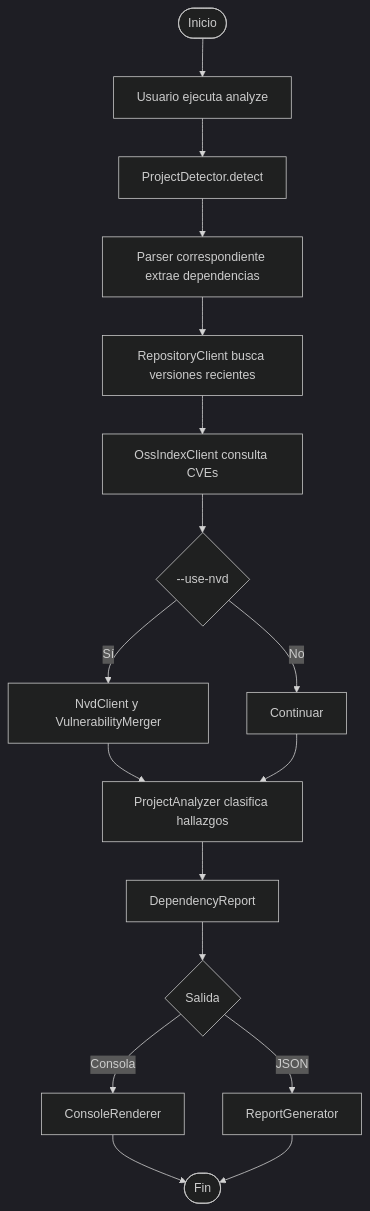
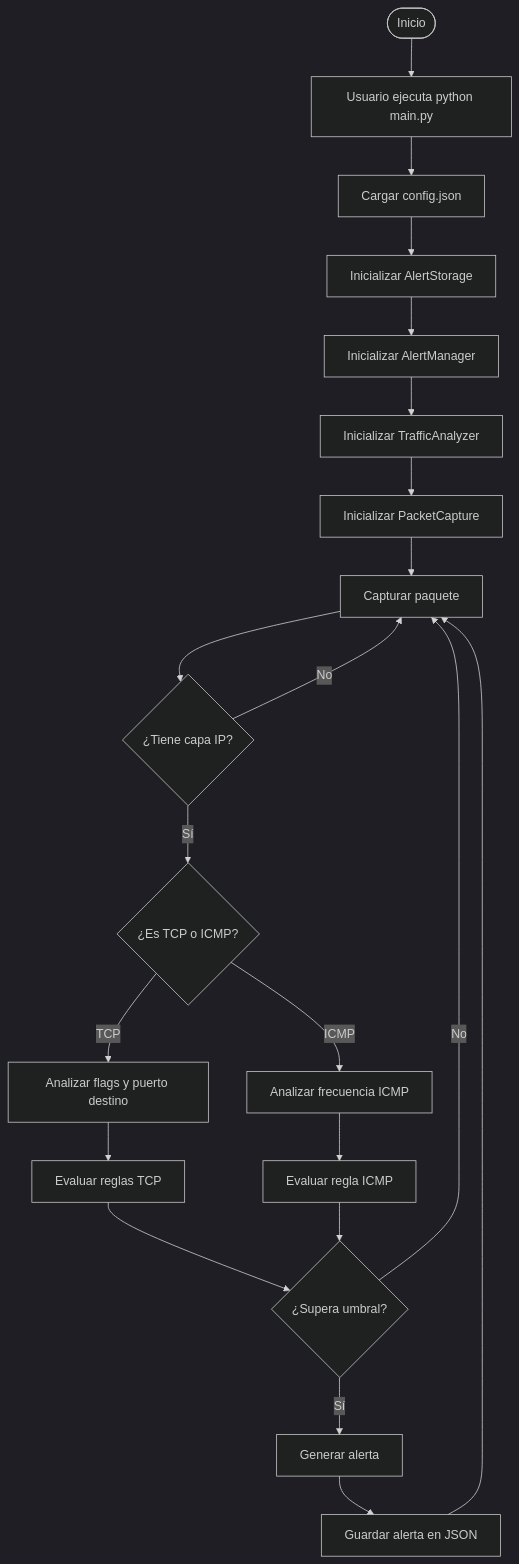
Before and after one commit to diegochara2019065026/proyecto-si784-2026-i-u1-ids: the sixth of 8 diagrams in docs/FD03-Informe-Especificación Requerimientos.md, drawn with Mermaid (dark theme). The commit also changed other lines of this file, not shown here.

First line of the commit message:
Revise document for TrafficWatch IDS specifications

````diff
--- a/docs/FD03-Informe-Especificación Requerimientos.md
+++ b/docs/FD03-Informe-Especificación Requerimientos.md
@@ -344,19 +350,23 @@
 ```mermaid
 flowchart TD
-    A([Inicio]) --> B[Usuario ejecuta analyze]
-    B --> C[ProjectDetector.detect]
-    C --> D[Parser correspondiente extrae dependencias]
-    D --> E[RepositoryClient busca versiones recientes]
-    E --> F[OssIndexClient consulta CVEs]
-    F --> G{--use-nvd}
-    G -- Sí --> H[NvdClient y VulnerabilityMerger]
-    G -- No --> I[Continuar]
-    H --> J[ProjectAnalyzer clasifica hallazgos]
-    I --> J
-    J --> K[DependencyReport]
-    K --> L{Salida}
-    L -- Consola --> M[ConsoleRenderer]
-    L -- JSON --> N[ReportGenerator]
-    M --> O([Fin])
+    A([Inicio]) --> B[Usuario ejecuta python main.py]
+    B --> C[Cargar config.json]
+    C --> D[Inicializar AlertStorage]
+    D --> E[Inicializar AlertManager]
+    E --> F[Inicializar TrafficAnalyzer]
+    F --> G[Inicializar PacketCapture]
+    G --> H[Capturar paquete]
+    H --> I{¿Tiene capa IP?}
+    I -- No --> H
+    I -- Sí --> J{¿Es TCP o ICMP?}
+    J -- TCP --> K[Analizar flags y puerto destino]
+    J -- ICMP --> L[Analizar frecuencia ICMP]
+    K --> M[Evaluar reglas TCP]
+    L --> N[Evaluar regla ICMP]
+    M --> O{¿Supera umbral?}
     N --> O
+    O -- Sí --> P[Generar alerta]
+    O -- No --> H
+    P --> Q[Guardar alerta en JSON]
+    Q --> H
 ```
````
